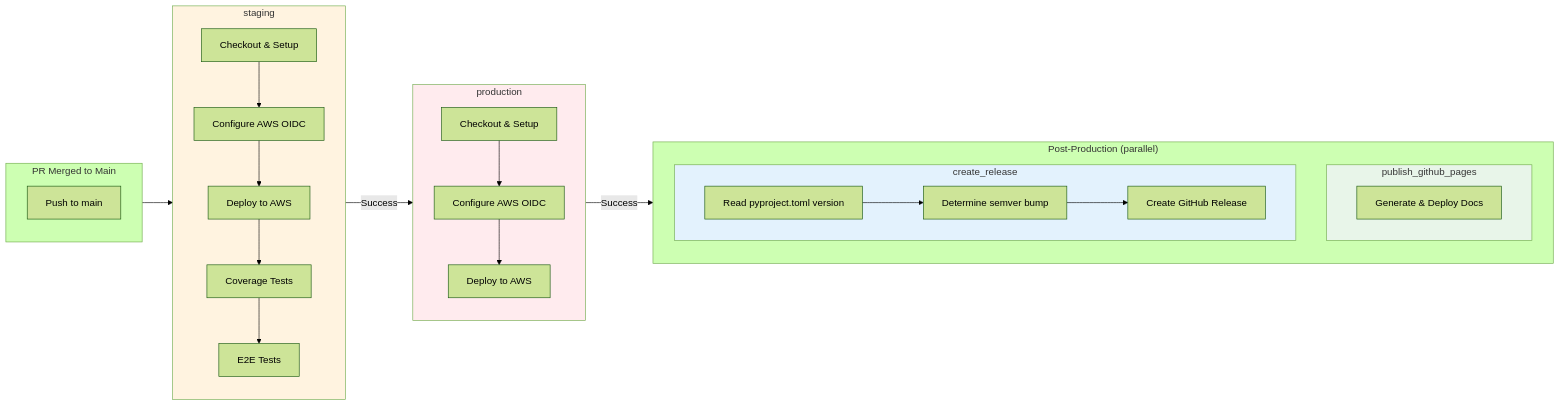
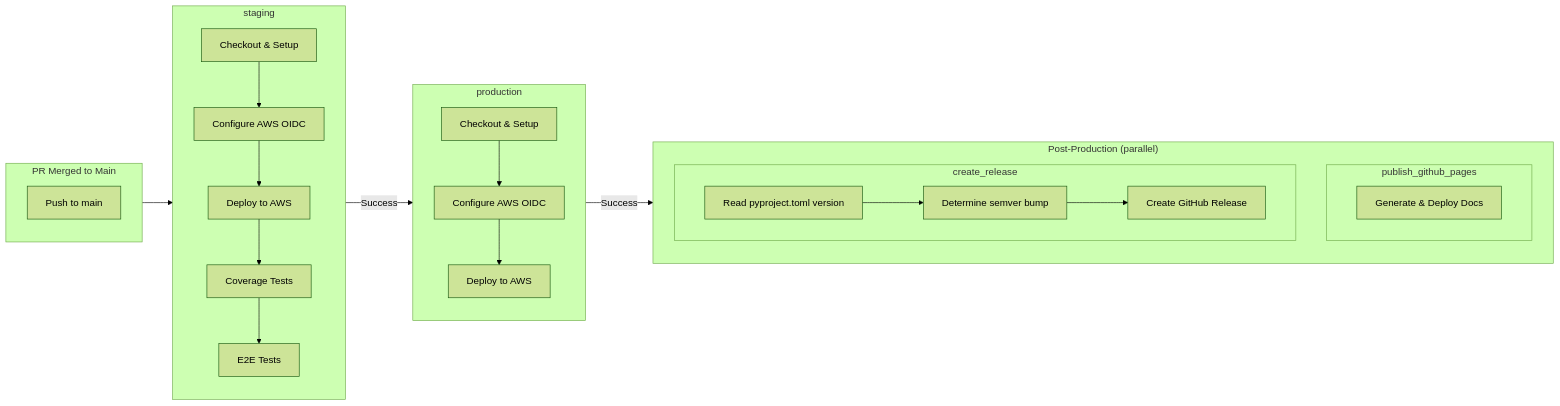
Before and after one commit to ran-isenberg/aws-lambda-handler-cookbook: the second of 2 diagrams in docs/pipeline.md, drawn with Mermaid (forest theme). The commit also changed other lines of this file and 66 other files, not shown here.

````diff
--- a/docs/pipeline.md
+++ b/docs/pipeline.md
@@ -110,42 +109,37 @@
 ```mermaid
 flowchart LR
     subgraph Trigger["PR Merged to Main"]
         direction TB
         A[Push to main]
     end
 
     subgraph Staging["staging"]
         direction TB
         S1[Checkout & Setup] --> S2[Configure AWS OIDC]
         S2 --> S3[Deploy to AWS]
         S3 --> S4[Coverage Tests]
         S4 --> S5[E2E Tests]
     end
 
     subgraph Production["production"]
         direction TB
         P1[Checkout & Setup] --> P2[Configure AWS OIDC]
         P2 --> P3[Deploy to AWS]
     end
 
     subgraph Parallel["Post-Production (parallel)"]
         direction TB
         subgraph Docs["publish_github_pages"]
             D1[Generate & Deploy Docs]
         end
         subgraph Release["create_release"]
             R1[Read pyproject.toml version]
             R1 --> R2[Determine semver bump]
             R2 --> R3[Create GitHub Release]
         end
     end
 
     Trigger --> Staging
     Staging -->|Success| Production
     Production -->|Success| Parallel
-
-    style Staging fill:#fff3e0
-    style Production fill:#ffebee
-    style Docs fill:#e8f5e9
-    style Release fill:#e3f2fd
 ```
````
